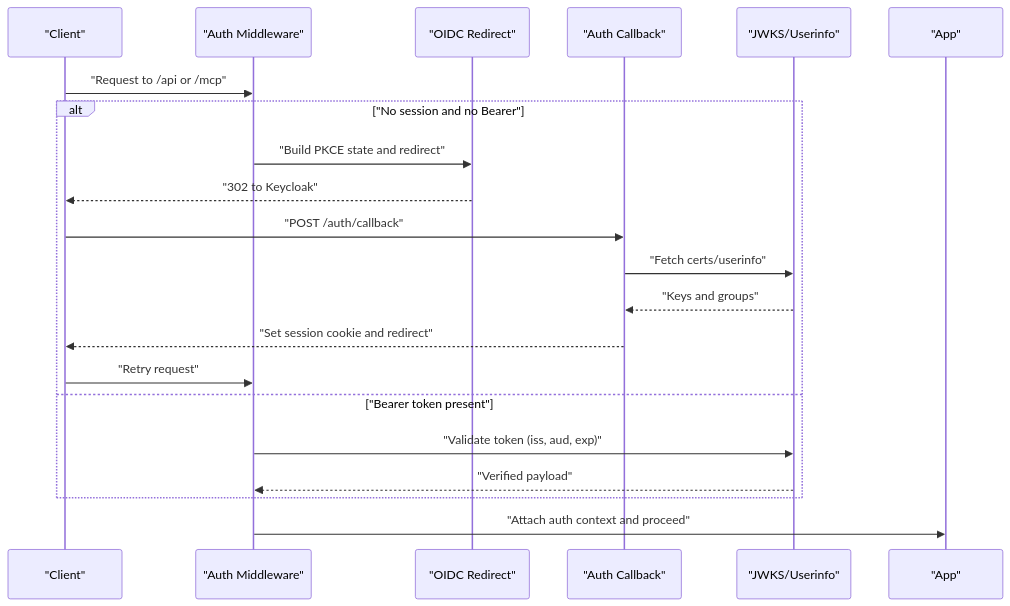
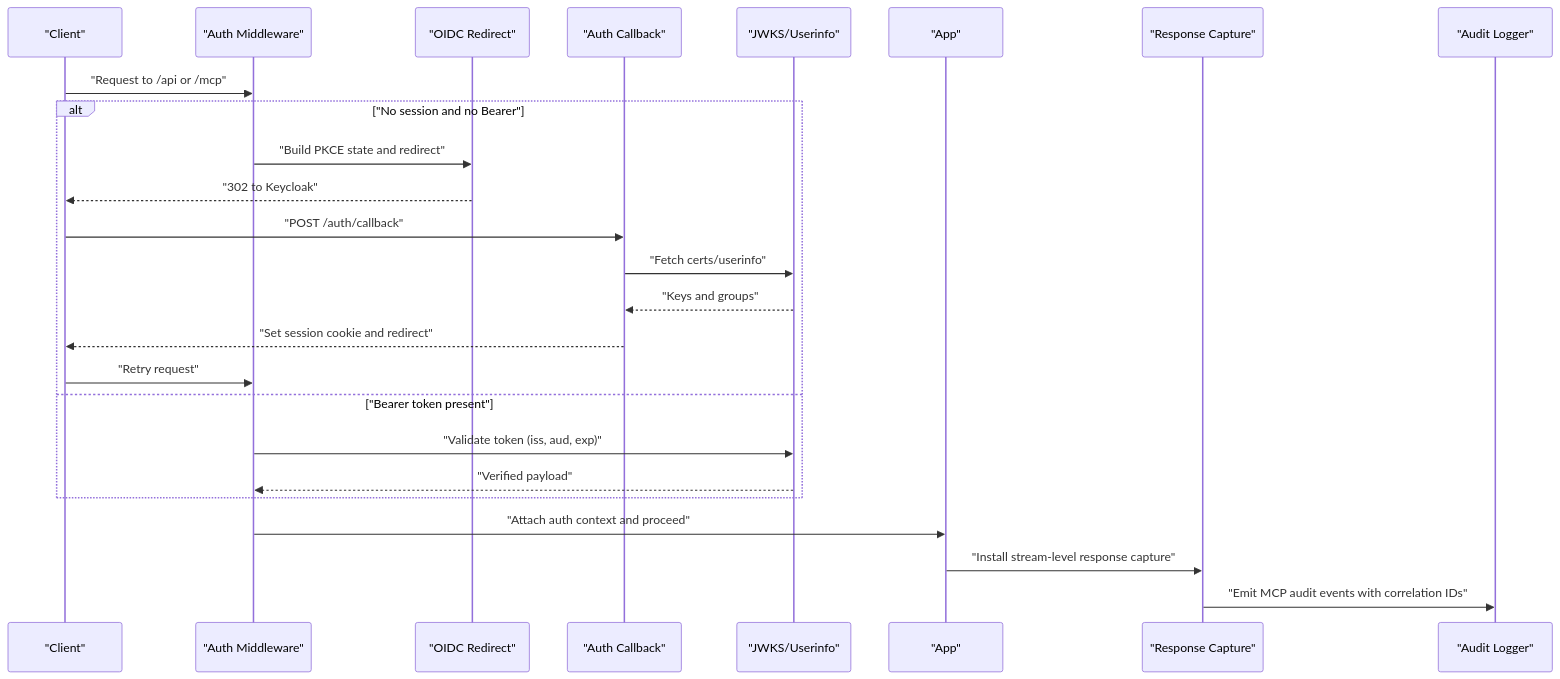
Before and after one commit to debian777/kairos-mcp: the second of 5 diagrams in .qoder/repowiki/en/content/Security Considerations.md, drawn with Mermaid. The commit also changed other lines of this file and 44 other files, not shown here.

````diff
--- a/.qoder/repowiki/en/content/Security Considerations.md
+++ b/.qoder/repowiki/en/content/Security Considerations.md
@@ -97,23 +128,27 @@
 ```mermaid
 sequenceDiagram
 participant C as "Client"
 participant MW as "Auth Middleware"
 participant OR as "OIDC Redirect"
 participant CB as "Auth Callback"
 participant JW as "JWKS/Userinfo"
 participant APP as "App"
+participant RESP as "Response Capture"
+participant AUDIT as "Audit Logger"
 C->>MW : "Request to /api or /mcp"
 alt "No session and no Bearer"
 MW->>OR : "Build PKCE state and redirect"
 OR-->>C : "302 to Keycloak"
 C->>CB : "POST /auth/callback"
 CB->>JW : "Fetch certs/userinfo"
 JW-->>CB : "Keys and groups"
 CB-->>C : "Set session cookie and redirect"
 C->>MW : "Retry request"
 else "Bearer token present"
 MW->>JW : "Validate token (iss, aud, exp)"
 JW-->>MW : "Verified payload"
 end
 MW->>APP : "Attach auth context and proceed"
+APP->>RESP : "Install stream-level response capture"
+RESP->>AUDIT : "Emit MCP audit events with correlation IDs"
 ```
````
